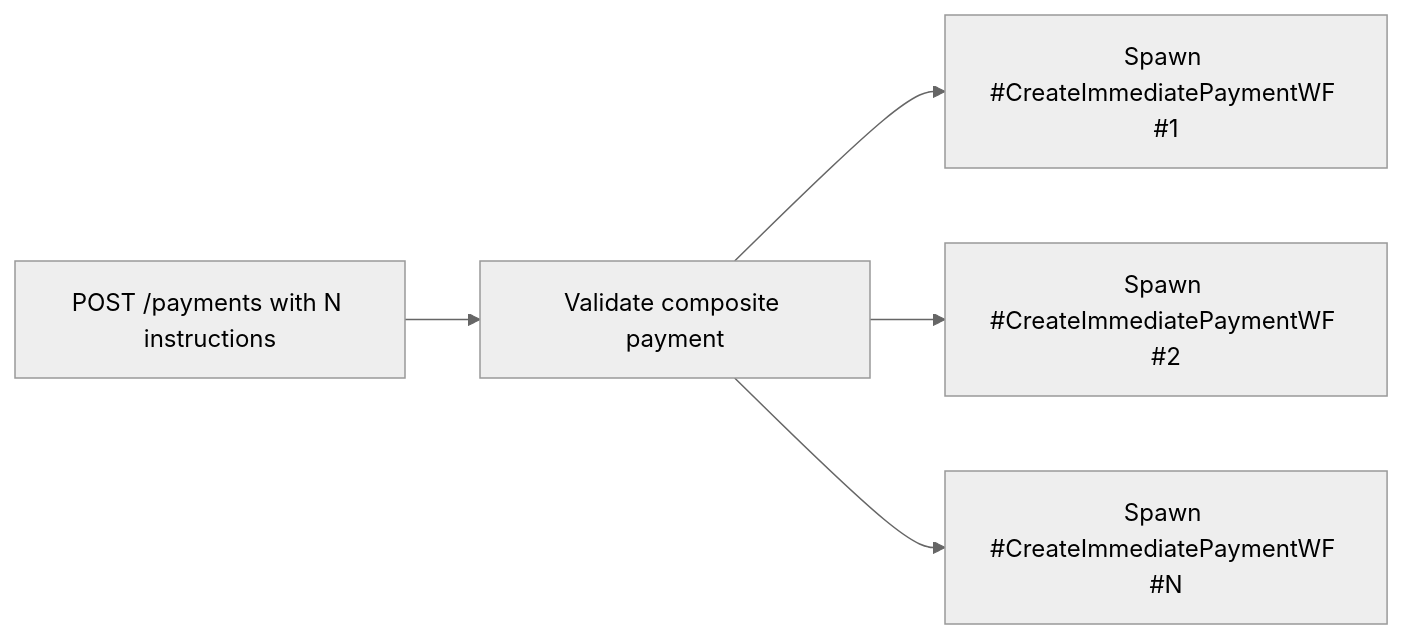
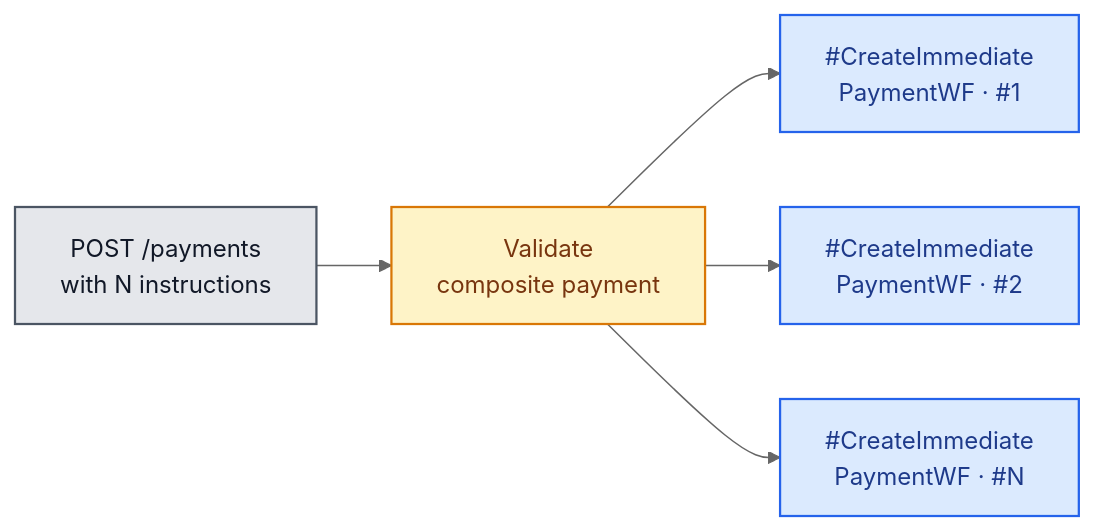
One commit to arunav-bhattacharya/billpay-docs changed the second of 2 diagrams in docs/design/workflows/composite.md. Above: the diagram before and after it, drawn with Mermaid (neutral theme). The commit also changed other lines of this file and 28 other files, not shown here.

````diff
--- a/docs/design/workflows/composite.md
+++ b/docs/design/workflows/composite.md
@@ -59,7 +58,15 @@
 ```mermaid
 flowchart LR
-  CR[POST /payments with N instructions] --> V[Validate composite payment]
-  V --> A[Spawn #CreateImmediatePaymentWF #1]
-  V --> B[Spawn #CreateImmediatePaymentWF #2]
-  V --> C[Spawn #CreateImmediatePaymentWF #N]
+  CR["POST /payments<br/>with N instructions"] --> V["Validate<br/>composite payment"]
+  V --> A["#CreateImmediate<br/>PaymentWF · #1"]
+  V --> B["#CreateImmediate<br/>PaymentWF · #2"]
+  V --> C["#CreateImmediate<br/>PaymentWF · #N"]
+
+  classDef entry fill:#e5e7eb,stroke:#4b5563,stroke-width:1.5px,color:#111827;
+  classDef step fill:#fef3c7,stroke:#d97706,stroke-width:1.5px,color:#78350f;
+  classDef workflow fill:#dbeafe,stroke:#2563eb,stroke-width:1.5px,color:#1e3a8a;
+
+  class CR entry;
+  class V step;
+  class A,B,C workflow;
 ```
````
